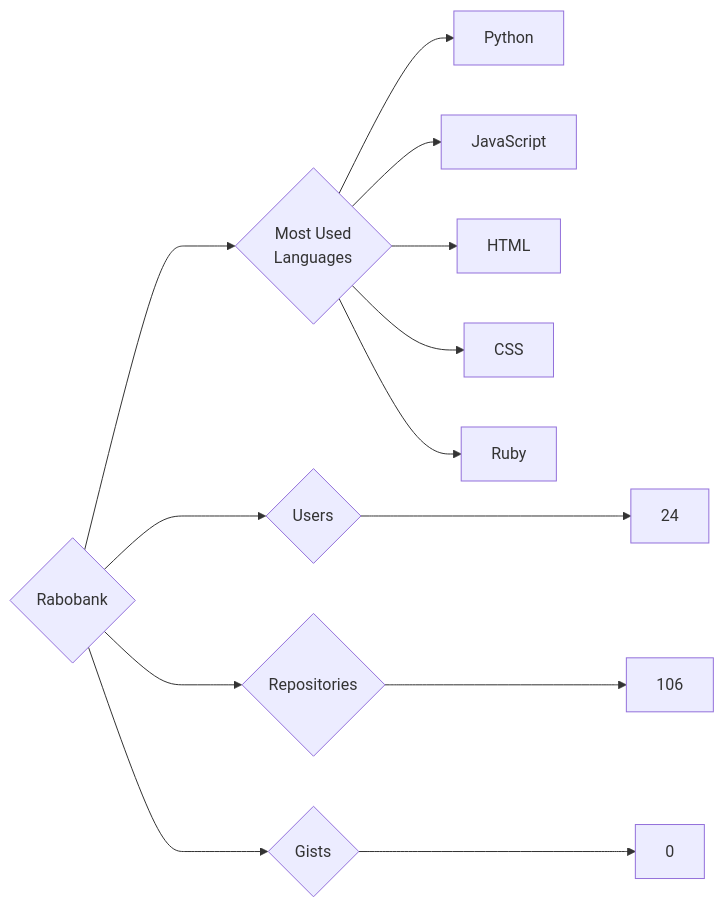
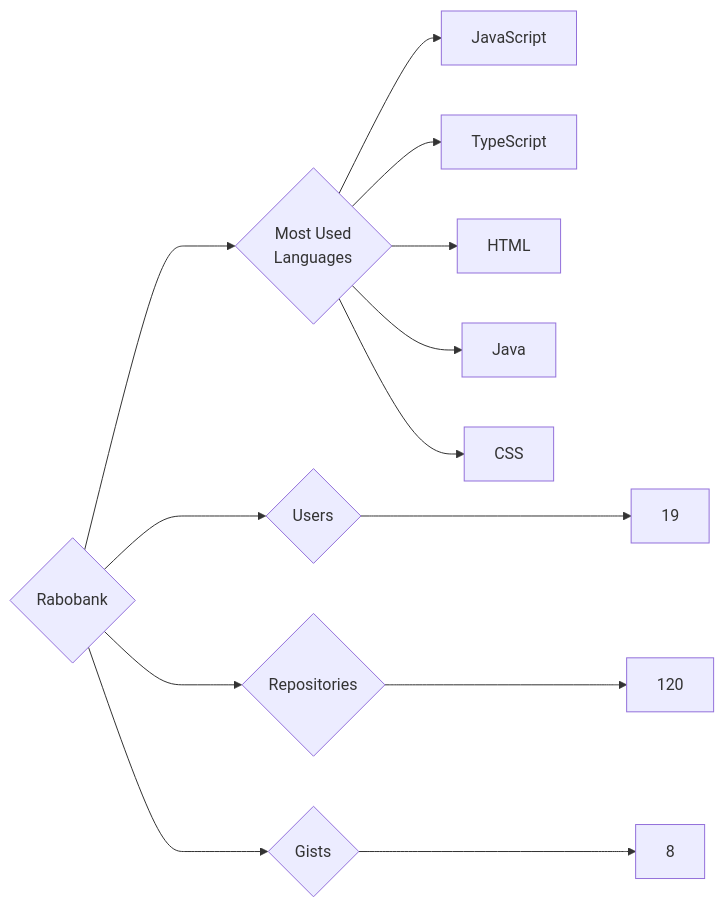
The diagram in targets/Rabobank/README.md (trickest/insiders), drawn with Mermaid before and after one commit. The commit also changed 997 other files, not shown here.

````diff
--- a/targets/Rabobank/README.md
+++ b/targets/Rabobank/README.md
@@ -3,13 +3,13 @@
 ```mermaid
 graph LR
 COMPANY_NAME{Rabobank}
-COMPANY_NAME ---> U{Users} ---> UN[24]
-COMPANY_NAME ---> R{Repositories} ---> RN[106]
-COMPANY_NAME ---> G{Gists} ---> GN[0]
+COMPANY_NAME ---> U{Users} ---> UN[19]
+COMPANY_NAME ---> R{Repositories} ---> RN[120]
+COMPANY_NAME ---> G{Gists} ---> GN[8]
 COMPANY_NAME ---> ML{Most Used<br>Languages}
-ML --> Python
-ML --> JavaScript
-ML --> HTML
-ML --> CSS
-ML --> Ruby
+ML --> JavaScript[JavaScript]
+ML --> TypeScript[TypeScript]
+ML --> HTML[HTML]
+ML --> Java[Java]
+ML --> CSS[CSS]
 ```
````
